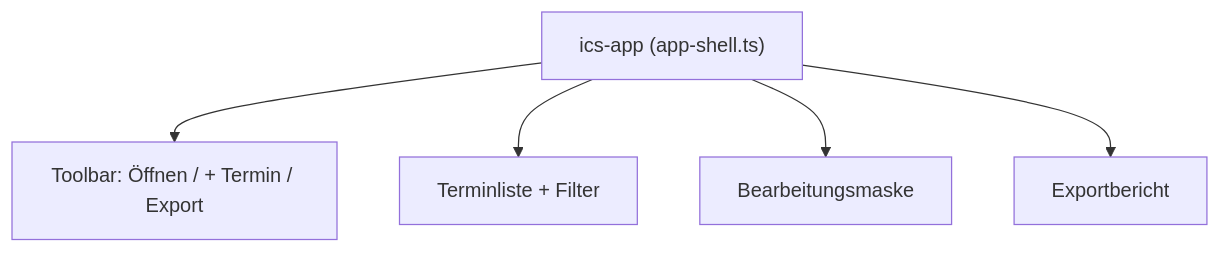
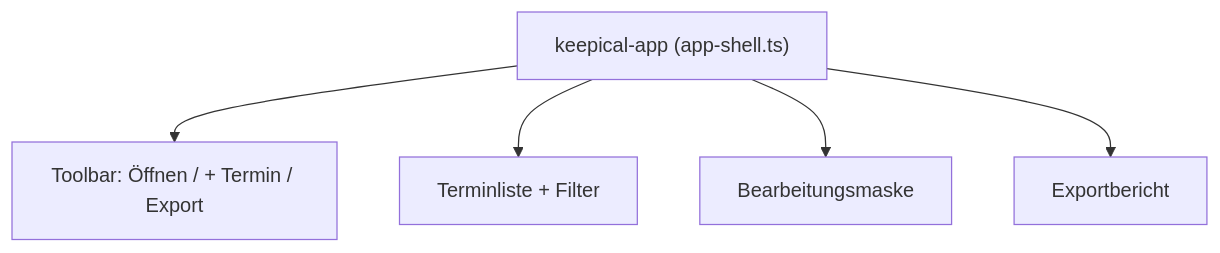
One commit to clavicarius/ics-editor changed the diagram in docs/UI.md. Above: the diagram before and after it, drawn with Mermaid. The commit also changed other lines of this file and 5 other files, not shown here.

Commit message:
rebrand: UID keepical.local and docs Architecture/Testing/UI

````diff
--- a/docs/UI.md
+++ b/docs/UI.md
@@ -10,7 +10,7 @@
 ```mermaid
 flowchart TD
-  App["ics-app (app-shell.ts)"] --> Toolbar["Toolbar: Öffnen / + Termin / Export"]
+  App["keepical-app (app-shell.ts)"] --> Toolbar["Toolbar: Öffnen / + Termin / Export"]
   App --> List["Terminliste + Filter"]
   App --> Editor["Bearbeitungsmaske"]
   App --> Report["Exportbericht"]
 ```
````
